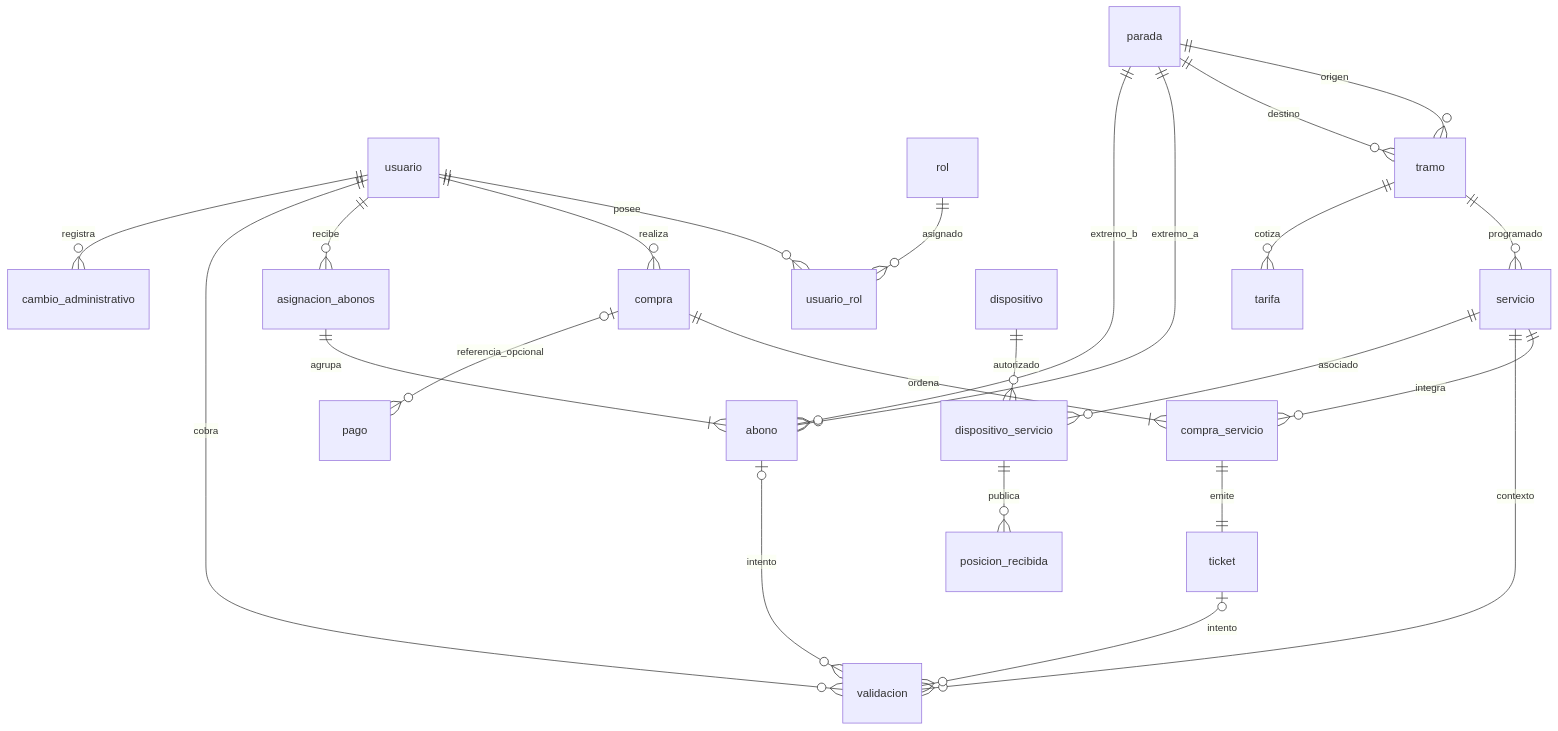
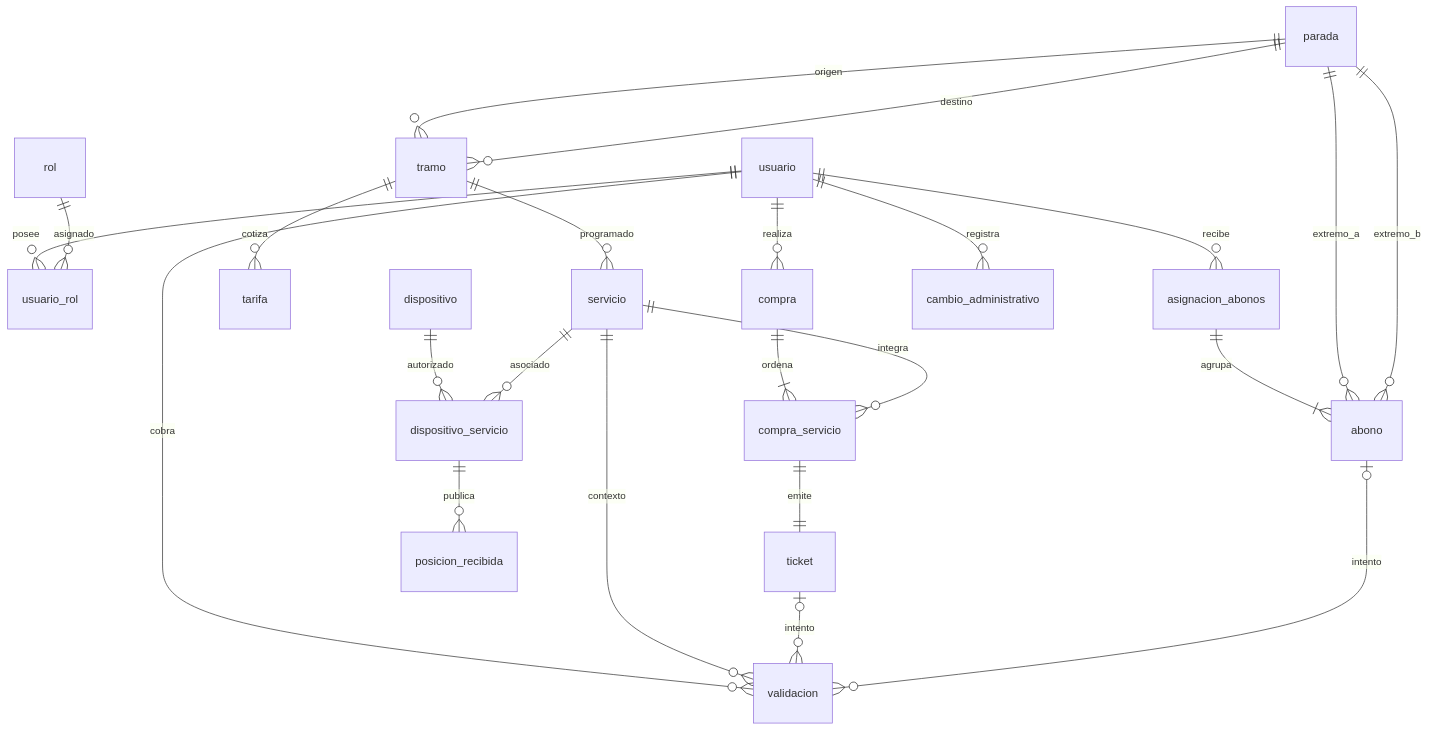
The second of 2 diagrams in docs/design/data-model.md (diegoolherry/Obligatorio-DDA-DDM), drawn with Mermaid before and after one commit. The commit also changed other lines of this file and 3 other files, not shown here.

````diff
--- a/docs/design/data-model.md
+++ b/docs/design/data-model.md
@@ -108,26 +113,25 @@
 ```mermaid
 erDiagram
   usuario ||--o{ usuario_rol : posee
   rol ||--o{ usuario_rol : asignado
   parada ||--o{ tramo : origen
   parada ||--o{ tramo : destino
   tramo ||--o{ servicio : programado
   tramo ||--o{ tarifa : cotiza
   usuario ||--o{ compra : realiza
   compra ||--|{ compra_servicio : ordena
   servicio ||--o{ compra_servicio : integra
-  compra o|--o{ pago : referencia_opcional
   compra_servicio ||--|| ticket : emite
   usuario ||--o{ asignacion_abonos : recibe
   asignacion_abonos ||--|{ abono : agrupa
   parada ||--o{ abono : extremo_a
   parada ||--o{ abono : extremo_b
   usuario ||--o{ validacion : cobra
   servicio ||--o{ validacion : contexto
   ticket o|--o{ validacion : intento
   abono o|--o{ validacion : intento
   dispositivo ||--o{ dispositivo_servicio : autorizado
   servicio ||--o{ dispositivo_servicio : asociado
   dispositivo_servicio ||--o{ posicion_recibida : publica
   usuario ||--o{ cambio_administrativo : registra
 ```
````
